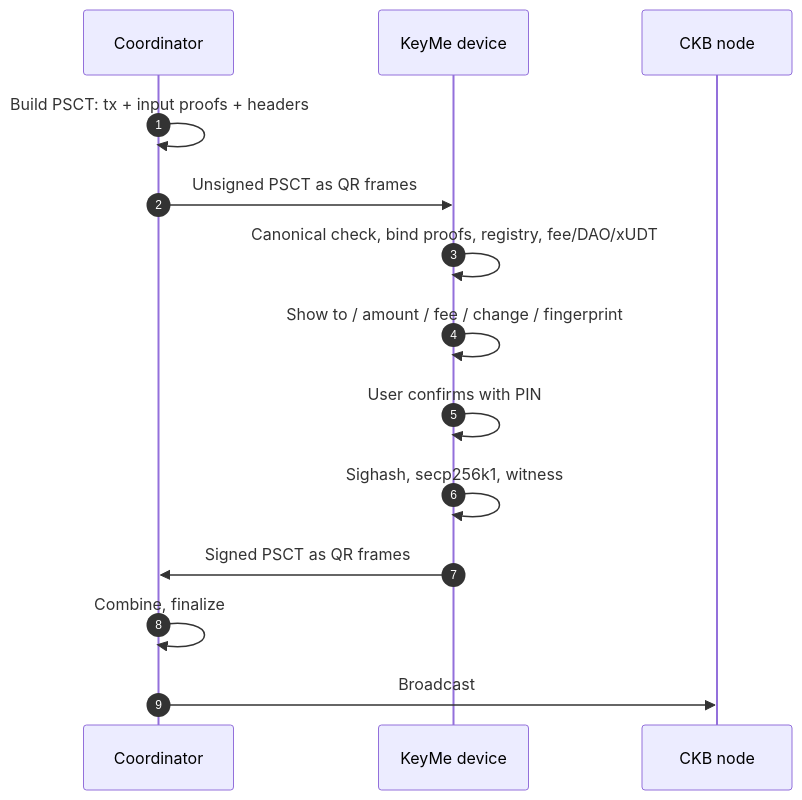
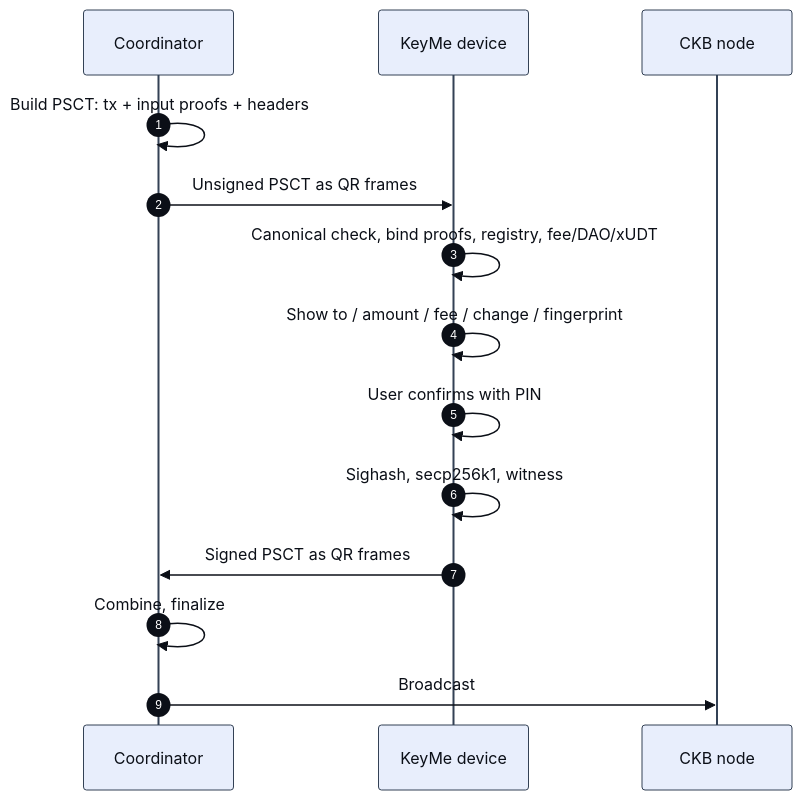
One commit to WuodOdhis/keyme changed the diagram in docs/assets/psct-flow.mmd. Above: the diagram before and after it, drawn with Mermaid. The commit also changed 4 other files, not shown here.

Commit message:
Improve diagram contrast and cache-bust images

```diff
--- a/docs/assets/psct-flow.mmd
+++ b/docs/assets/psct-flow.mmd
@@ -1,14 +1,15 @@
+%%{init: {"theme":"base","themeVariables":{"fontFamily":"Arial, sans-serif","fontSize":"18px","actorFontSize":"18px","messageFontSize":"18px","noteFontSize":"16px","primaryColor":"#e8eefc","primaryTextColor":"#0b0f17","primaryBorderColor":"#334155","lineColor":"#334155","secondaryColor":"#f8fafc","tertiaryColor":"#ffffff","actorBkg":"#e8eefc","actorBorder":"#334155","actorTextColor":"#0b0f17","signalColor":"#0b0f17","signalTextColor":"#0b0f17","labelBoxBkgColor":"#ffffff","labelBoxBorderColor":"#334155","labelTextColor":"#0b0f17","loopTextColor":"#0b0f17","noteBkgColor":"#f8fafc","noteTextColor":"#0b0f17","activationBkgColor":"#cbd5e1","activationBorderColor":"#334155","sequenceNumberColor":"#ffffff"}}}%%
 sequenceDiagram
   autonumber
   participant C as Coordinator
   participant D as KeyMe device
   participant N as CKB node
   C->>C: Build PSCT: tx + input proofs + headers
   C->>D: Unsigned PSCT as QR frames
   D->>D: Canonical check, bind proofs, registry, fee/DAO/xUDT
   D->>D: Show to / amount / fee / change / fingerprint
   D->>D: User confirms with PIN
   D->>D: Sighash, secp256k1, witness
   D->>C: Signed PSCT as QR frames
   C->>C: Combine, finalize
   C->>N: Broadcast
```
